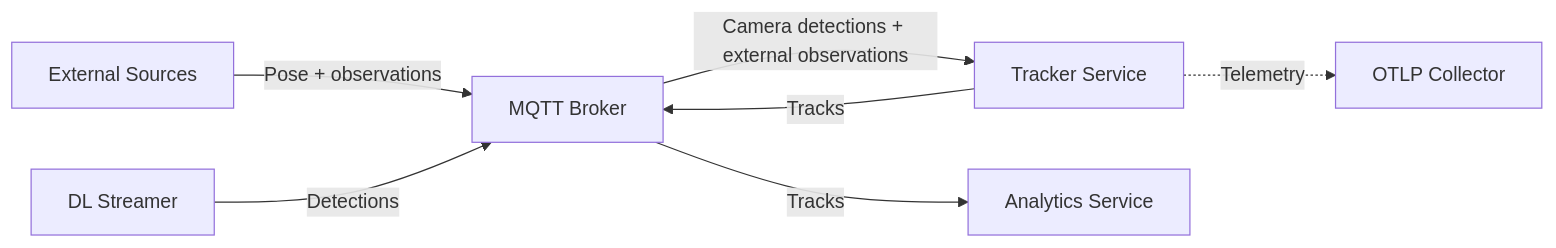
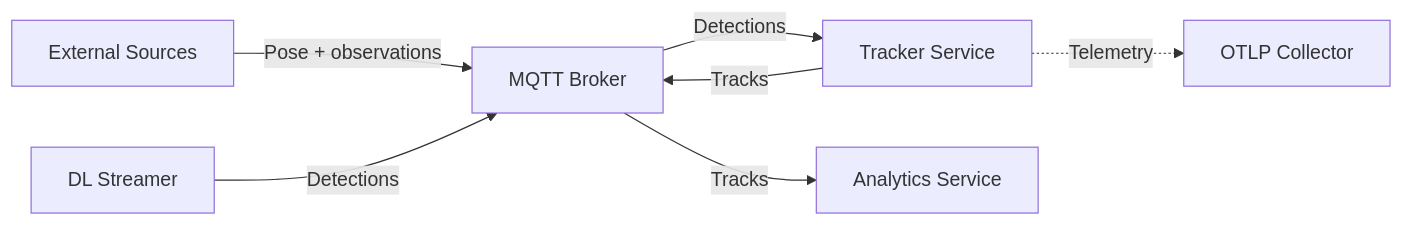
The first of 5 diagrams in docs/design/tracker-service.md (open-edge-platform/scenescape), drawn with Mermaid before and after one commit. The commit also changed other lines of this file and 1 other file, not shown here.

Commit message:
refactor of external_source.cpp/hpp

````diff
--- a/docs/design/tracker-service.md
+++ b/docs/design/tracker-service.md
@@ -59,9 +59,9 @@
 ```mermaid
 graph LR
     EXT[External Sources] -->|Pose + observations| MQTT[MQTT Broker]
     DLS[DL Streamer] -->|Detections| MQTT[MQTT Broker]
-    MQTT -->|Camera detections + external observations| TS[Tracker Service]
+    MQTT -->|Detections| TS[Tracker Service]
     TS -->|Tracks| MQTT
     MQTT -->|Tracks| AS[Analytics Service]
     TS -.->|Telemetry| OTEL[OTLP Collector]
 ```
````
